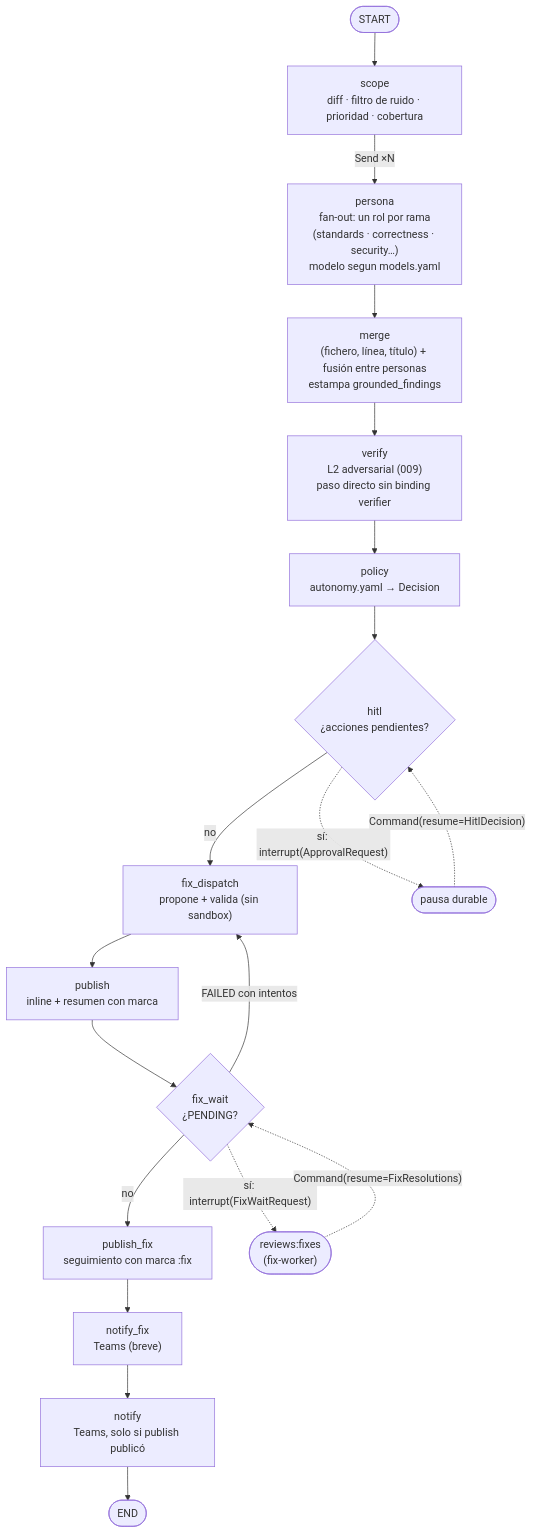
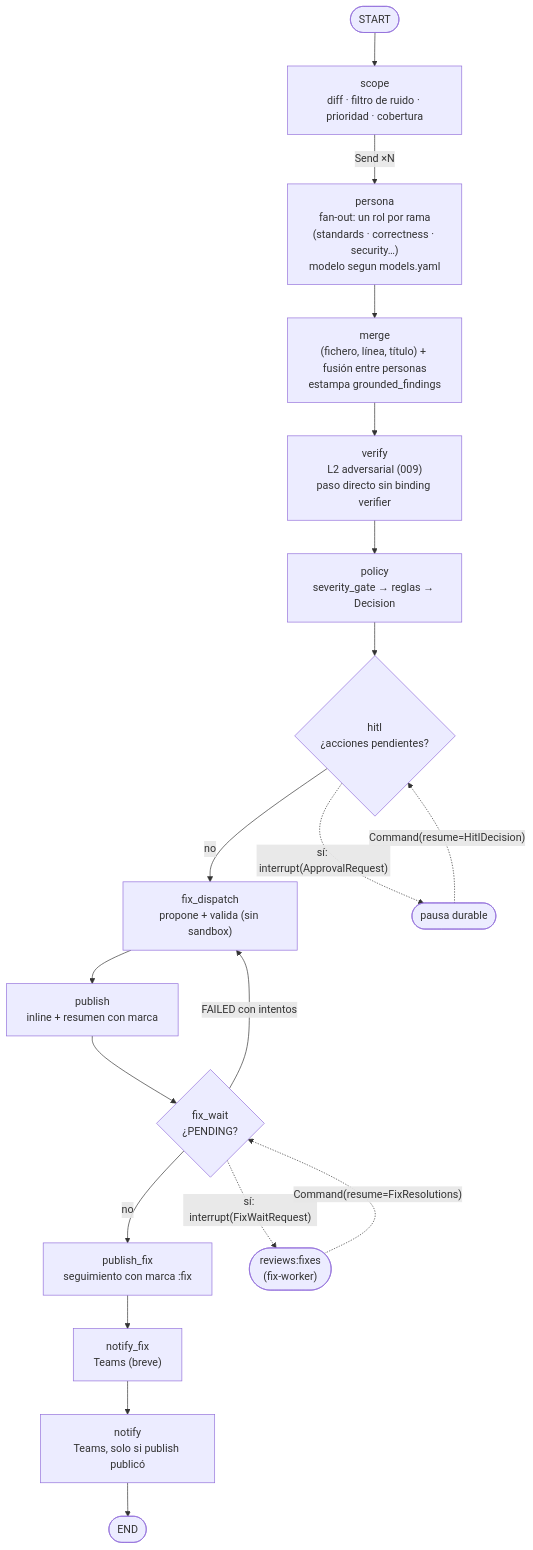
The third of 6 diagrams in docs/arquitectura.md (pcgarat/agent-review-langgraph), drawn with Mermaid before and after one commit. The commit also changed other lines of this file and 23 other files, not shown here.

````diff
--- a/docs/arquitectura.md
+++ b/docs/arquitectura.md
@@ -144,21 +144,21 @@
 ```mermaid
 flowchart TD
     START([START]) --> scope
     scope["scope<br/>diff · filtro de ruido · prioridad · cobertura"] -->|"Send ×N"| persona
     persona["persona<br/>fan-out: un rol por rama<br/>(standards · correctness · security…)<br/>modelo segun models.yaml"] --> merge
     merge["merge<br/>(fichero, línea, título) + fusión entre personas<br/>estampa grounded_findings"] --> verify
     verify["verify<br/>L2 adversarial (009)<br/>paso directo sin binding verifier"] --> policy
-    policy["policy<br/>autonomy.yaml → Decision"] --> hitl
+    policy["policy<br/>severity_gate → reglas → Decision"] --> hitl
     hitl{"hitl<br/>¿acciones pendientes?"} -->|no| fix_dispatch
     hitl -.->|"sí: interrupt(ApprovalRequest)"| PAUSE(["pausa durable"])
     PAUSE -.->|"Command(resume=HitlDecision)"| hitl
     fix_dispatch["fix_dispatch<br/>propone + valida (sin sandbox)"] --> publish
     publish["publish<br/>inline + resumen con marca"] --> fix_wait
     fix_wait{"fix_wait<br/>¿PENDING?"} -->|no| publish_fix
     fix_wait -.->|"sí: interrupt(FixWaitRequest)"| FIXPAUSE(["reviews:fixes<br/>(fix-worker)"])
     FIXPAUSE -.->|"Command(resume=FixResolutions)"| fix_wait
     fix_wait -->|"FAILED con intentos"| fix_dispatch
     publish_fix["publish_fix<br/>seguimiento con marca :fix"] --> notify_fix
     notify_fix["notify_fix<br/>Teams (breve)"] --> notify
     notify["notify<br/>Teams, solo si publish publicó"] --> END([END])
 ```
````
